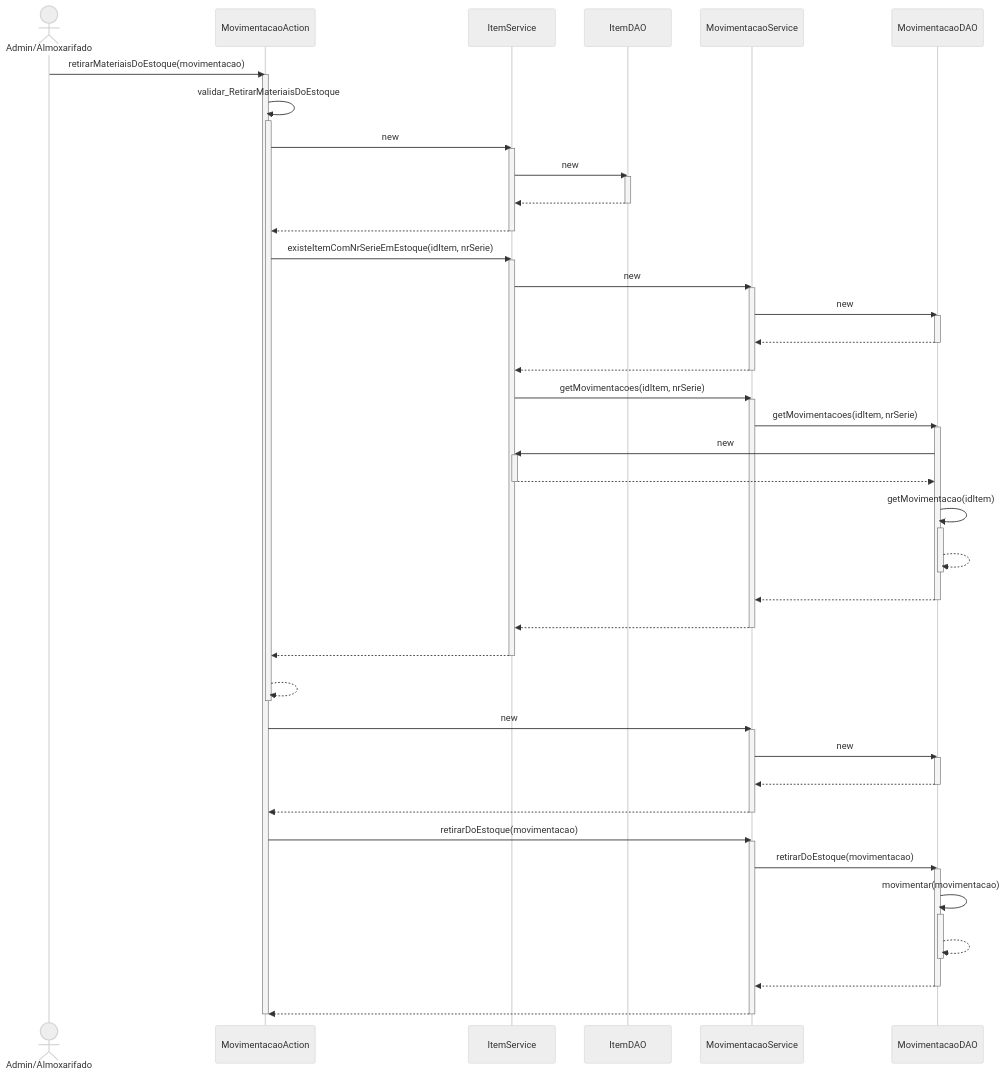
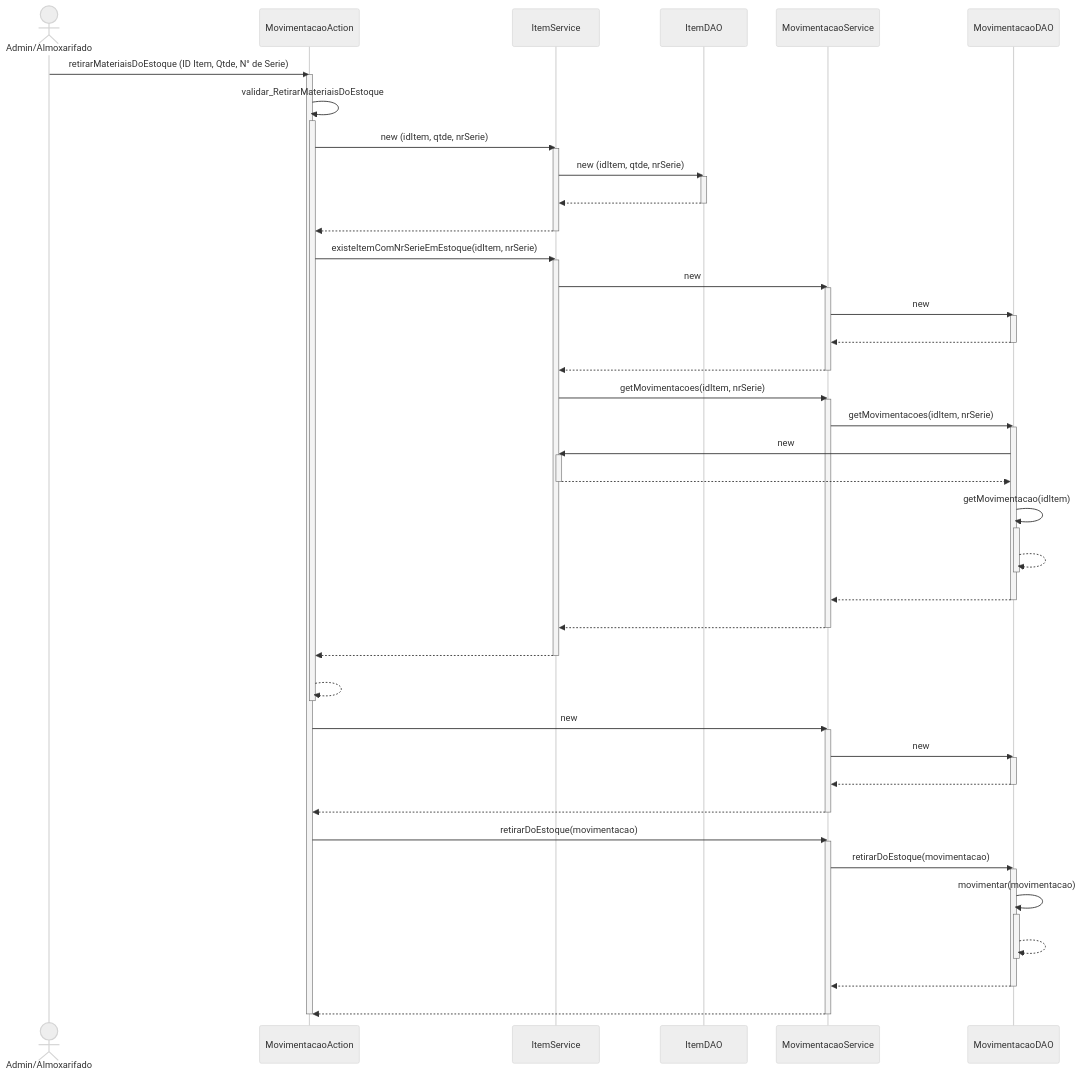
Before and after one commit to branqsMRP/SequenceDiagram: the diagram in DiagramaSequencia/Novo Diagrama Sequencia/Movimentacao/Retirar Materiais Do Estoque.mmd, drawn with Mermaid (neutral theme). The commit also changed 16 other files, not shown here.

```diff
--- a/DiagramaSequencia/Novo Diagrama Sequencia/Movimentacao/Retirar Materiais Do Estoque.mmd
+++ b/DiagramaSequencia/Novo Diagrama Sequencia/Movimentacao/Retirar Materiais Do Estoque.mmd
@@ -1,65 +1,65 @@
 sequenceDiagram
 actor AA as Admin/Almoxarifado
-AA ->> MovimentacaoAction : retirarMateriaisDoEstoque(movimentacao)
+AA ->> MovimentacaoAction : retirarMateriaisDoEstoque (ID Item, Qtde, N° de Serie)
 activate MovimentacaoAction
 MovimentacaoAction ->> MovimentacaoAction : validar_RetirarMateriaisDoEstoque
 activate MovimentacaoAction
-MovimentacaoAction ->> ItemService : new
+MovimentacaoAction ->> ItemService : new (idItem, qtde, nrSerie)
 activate ItemService
-ItemService ->> ItemDAO : new
+ItemService ->> ItemDAO : new (idItem, qtde, nrSerie)
 activate ItemDAO
 ItemDAO -->> ItemService : #32; 
 deactivate ItemDAO
 ItemService -->> MovimentacaoAction : #32; 
 deactivate ItemService
 MovimentacaoAction ->> ItemService : existeItemComNrSerieEmEstoque(idItem, nrSerie)
 activate ItemService
 ItemService ->> MovimentacaoService : new
 activate MovimentacaoService
 MovimentacaoService ->> MovimentacaoDAO : new
 activate MovimentacaoDAO
 MovimentacaoDAO -->> MovimentacaoService : #32; 
 deactivate MovimentacaoDAO
 MovimentacaoService -->> ItemService : #32; 
 deactivate MovimentacaoService
 ItemService ->> MovimentacaoService : getMovimentacoes(idItem, nrSerie)
 activate MovimentacaoService
 MovimentacaoService ->> MovimentacaoDAO : getMovimentacoes(idItem, nrSerie)
 activate MovimentacaoDAO
 MovimentacaoDAO ->> ItemService : new
 activate ItemService
 ItemService -->> MovimentacaoDAO : #32; 
 deactivate ItemService
 MovimentacaoDAO ->> MovimentacaoDAO : getMovimentacao(idItem)
 activate MovimentacaoDAO
 MovimentacaoDAO -->> MovimentacaoDAO : #32; 
 deactivate MovimentacaoDAO
 MovimentacaoDAO -->> MovimentacaoService : #32; 
 deactivate MovimentacaoDAO
 MovimentacaoService -->> ItemService : #32; 
 deactivate MovimentacaoService
 ItemService -->> MovimentacaoAction : #32; 
 deactivate ItemService
 MovimentacaoAction -->> MovimentacaoAction : #32; 
 deactivate MovimentacaoAction
 MovimentacaoAction ->> MovimentacaoService : new
 activate MovimentacaoService
 MovimentacaoService ->> MovimentacaoDAO : new
 activate MovimentacaoDAO
 MovimentacaoDAO -->> MovimentacaoService : #32; 
 deactivate MovimentacaoDAO
 MovimentacaoService -->> MovimentacaoAction : #32; 
 deactivate MovimentacaoService
 MovimentacaoAction ->> MovimentacaoService : retirarDoEstoque(movimentacao)
 activate MovimentacaoService
 MovimentacaoService ->> MovimentacaoDAO : retirarDoEstoque(movimentacao)
 activate MovimentacaoDAO
 MovimentacaoDAO ->> MovimentacaoDAO : movimentar(movimentacao)
 activate MovimentacaoDAO
 MovimentacaoDAO -->> MovimentacaoDAO : #32; 
 deactivate MovimentacaoDAO
 MovimentacaoDAO -->> MovimentacaoService : #32; 
 deactivate MovimentacaoDAO
 MovimentacaoService -->> MovimentacaoAction : #32; 
 deactivate MovimentacaoService
 deactivate MovimentacaoAction
```
